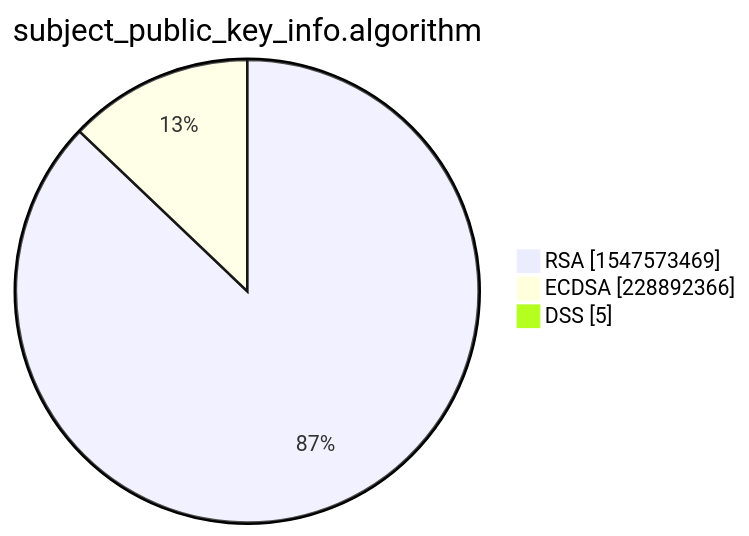
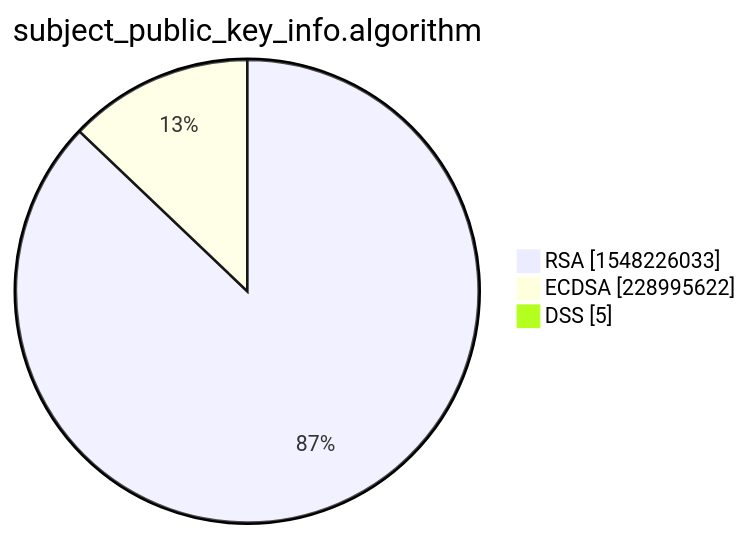
The third of 15 diagrams in xenon2022/README.md (christiankrug/ctmonitor_visualization), drawn with Mermaid before and after one commit. The commit also changed other lines of this file, not shown here.

````diff
--- a/xenon2022/README.md
+++ b/xenon2022/README.md
@@ -14,7 +14,7 @@
 ```mermaid
 pie showData
 title subject_public_key_info.algorithm
-"RSA" :1547573469
-"ECDSA" :228892366
+"RSA" :1548226033
+"ECDSA" :228995622
 "DSS" :5
 ```
````
